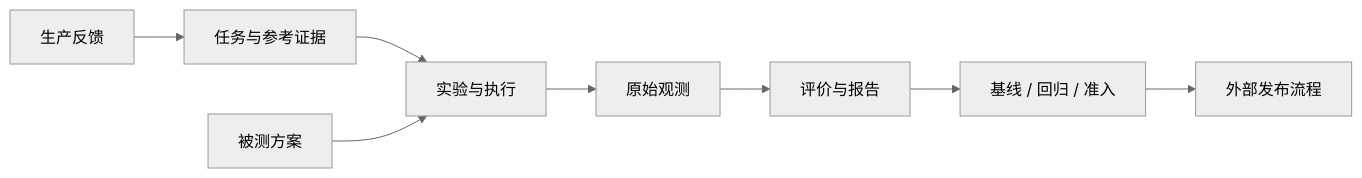
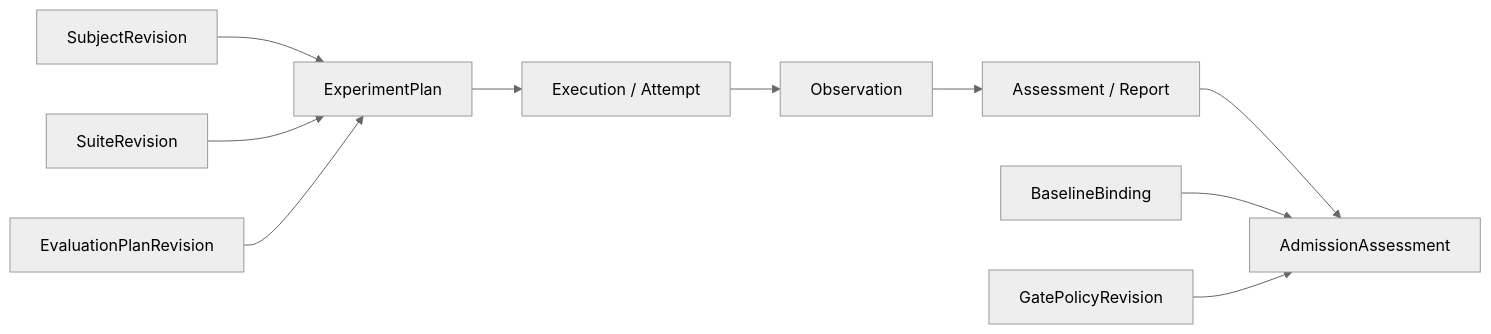
One commit to pan94u/Decision-Lab changed the diagram in docs/architecture.md. Above: the diagram before and after it, drawn with Mermaid (neutral theme). The commit also changed other lines of this file and 1 other file, not shown here.

Commit message:
docs: organize architecture by goals domain system and evolution

````diff
--- a/docs/architecture.md
+++ b/docs/architecture.md
@@ -29,10 +76,12 @@
 ```mermaid
 flowchart LR
-  T[任务与参考证据] --> E[实验与执行]
-  S[被测方案] --> E
-  E --> O[原始观测]
-  O --> A[评价与报告]
-  A --> G[基线 / 回归 / 准入]
-  G --> P[外部发布流程]
-  F[生产反馈] --> T
+  S[SubjectRevision] --> E[ExperimentPlan]
+  T[SuiteRevision] --> E
+  V[EvaluationPlanRevision] --> E
+  E --> X[Execution / Attempt]
+  X --> O[Observation]
+  O --> A[Assessment / Report]
+  A --> G[AdmissionAssessment]
+  B[BaselineBinding] --> G
+  P[GatePolicyRevision] --> G
 ```
````
